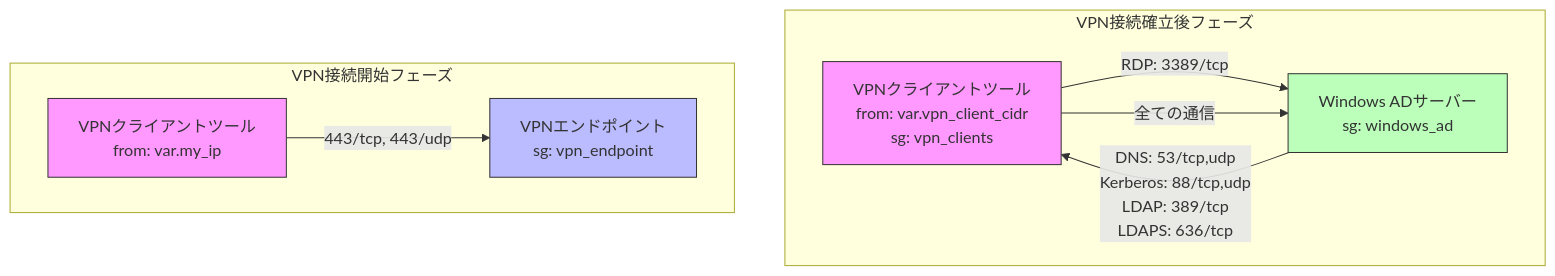
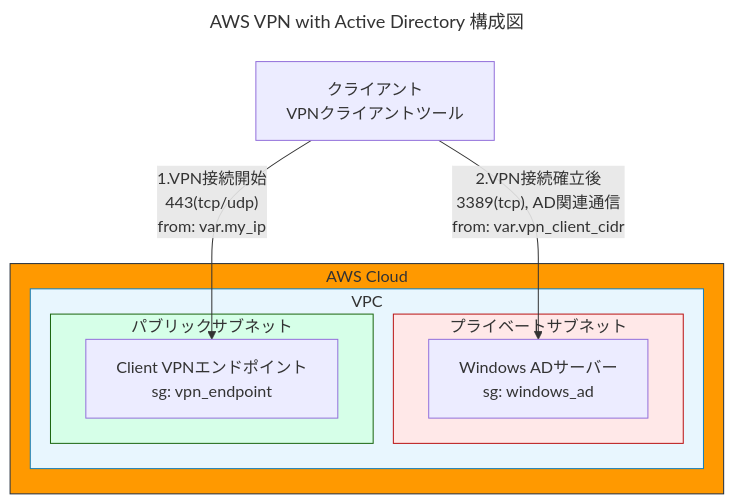
One commit to kikudai/terraform-template changed the diagram in aws-ec2-windows-ad/README.md. Above: the diagram before and after it, drawn with Mermaid. The commit also changed other lines of this file, not shown here.

Commit message:
AWS構成図に変更

````diff
--- a/aws-ec2-windows-ad/README.md
+++ b/aws-ec2-windows-ad/README.md
@@ -128,21 +126,27 @@
 ```mermaid
-graph TB
-    subgraph VPN接続確立後フェーズ
-        C2[VPNクライアントツール<br>from: var.vpn_client_cidr<br>sg: vpn_clients]
-        AD[Windows ADサーバー<br>sg: windows_ad]
-        C2 -->|RDP: 3389/tcp| AD
-        C2 -->|全ての通信| AD
-        AD -->|DNS: 53/tcp,udp<br>Kerberos: 88/tcp,udp<br>LDAP: 389/tcp<br>LDAPS: 636/tcp| C2
+---
+title: AWS VPN with Active Directory 構成図
+---
+flowchart TB
+    Client[クライアント<br>VPNクライアントツール]
+
+    subgraph AWS[AWS Cloud]
+        subgraph VPC[VPC]
+            subgraph Private[プライベートサブネット]
+                AD[Windows ADサーバー<br>sg: windows_ad]
+            end
+
+            subgraph Public[パブリックサブネット]
+                VPNEndpoint[Client VPNエンドポイント<br>sg: vpn_endpoint]
+            end
+        end
     end
 
-    subgraph VPN接続開始フェーズ
-        C1[VPNクライアントツール<br>from: var.my_ip]
-        V1[VPNエンドポイント<br>sg: vpn_endpoint]
-        C1 -->|443/tcp, 443/udp| V1
-    end
+    Client -->|"1.VPN接続開始<br>443(tcp/udp)<br>from: var.my_ip"| VPNEndpoint
+    Client -->|"2.VPN接続確立後<br>3389(tcp), AD関連通信<br>from: var.vpn_client_cidr"| AD
 
-    style C1 fill:#f9f,stroke:#333
-    style C2 fill:#f9f,stroke:#333
-    style V1 fill:#bbf,stroke:#333
-    style AD fill:#bfb,stroke:#333
+    style AWS fill:#ff9900,stroke:#232f3e
+    style VPC fill:#e8f6fe,stroke:#147eba
+    style Public fill:#d6ffe8,stroke:#1b660f
+    style Private fill:#ffe8e8,stroke:#ba1414
 ```
````
